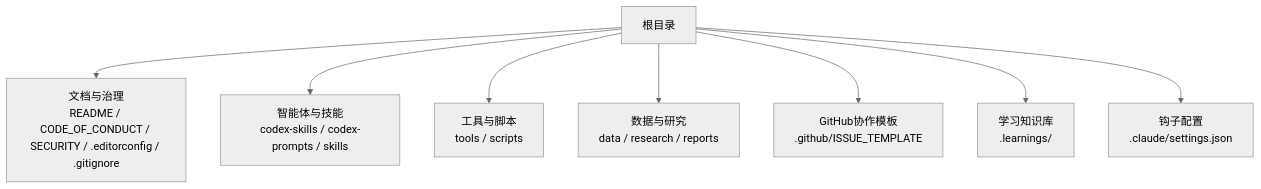
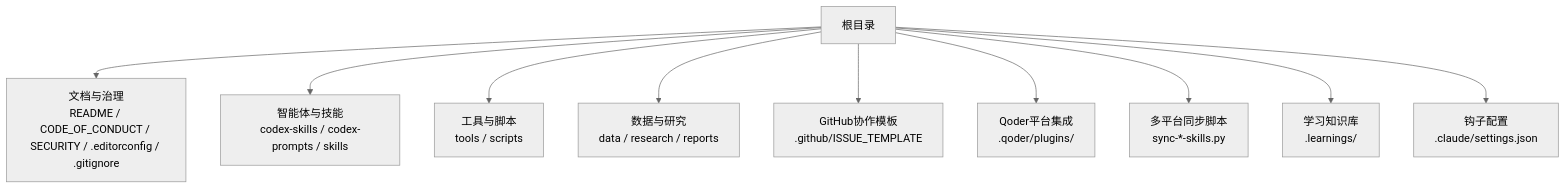
Before and after one commit to Ted-Engineer/ai-berkshire: the first of 13 diagrams in .qoder/repowiki/zh/content/开发者指南/开发者指南.md, drawn with Mermaid (neutral theme). The commit also changed other lines of this file and 76 other files, not shown here.

````diff
--- a/.qoder/repowiki/zh/content/开发者指南/开发者指南.md
+++ b/.qoder/repowiki/zh/content/开发者指南/开发者指南.md
@@ -71,10 +79,12 @@
 ```mermaid
 graph TB
 A["根目录"] --> B["文档与治理<br/>README / CODE_OF_CONDUCT / SECURITY / .editorconfig / .gitignore"]
 A --> C["智能体与技能<br/>codex-skills / codex-prompts / skills"]
 A --> D["工具与脚本<br/>tools / scripts"]
 A --> E["数据与研究<br/>data / research / reports"]
 A --> F["GitHub协作模板<br/>.github/ISSUE_TEMPLATE"]
-A --> G["学习知识库<br/>.learnings/"]
-A --> H["钩子配置<br/>.claude/settings.json"]
+A --> G["Qoder平台集成<br/>.qoder/plugins/"]
+A --> H["多平台同步脚本<br/>sync-*-skills.py"]
+A --> I["学习知识库<br/>.learnings/"]
+A --> J["钩子配置<br/>.claude/settings.json"]
 ```
````
